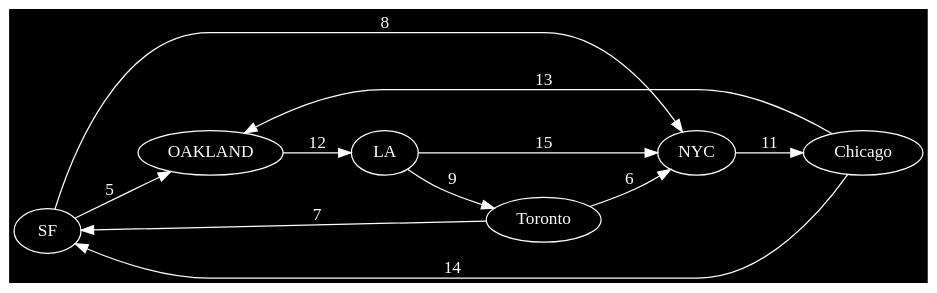
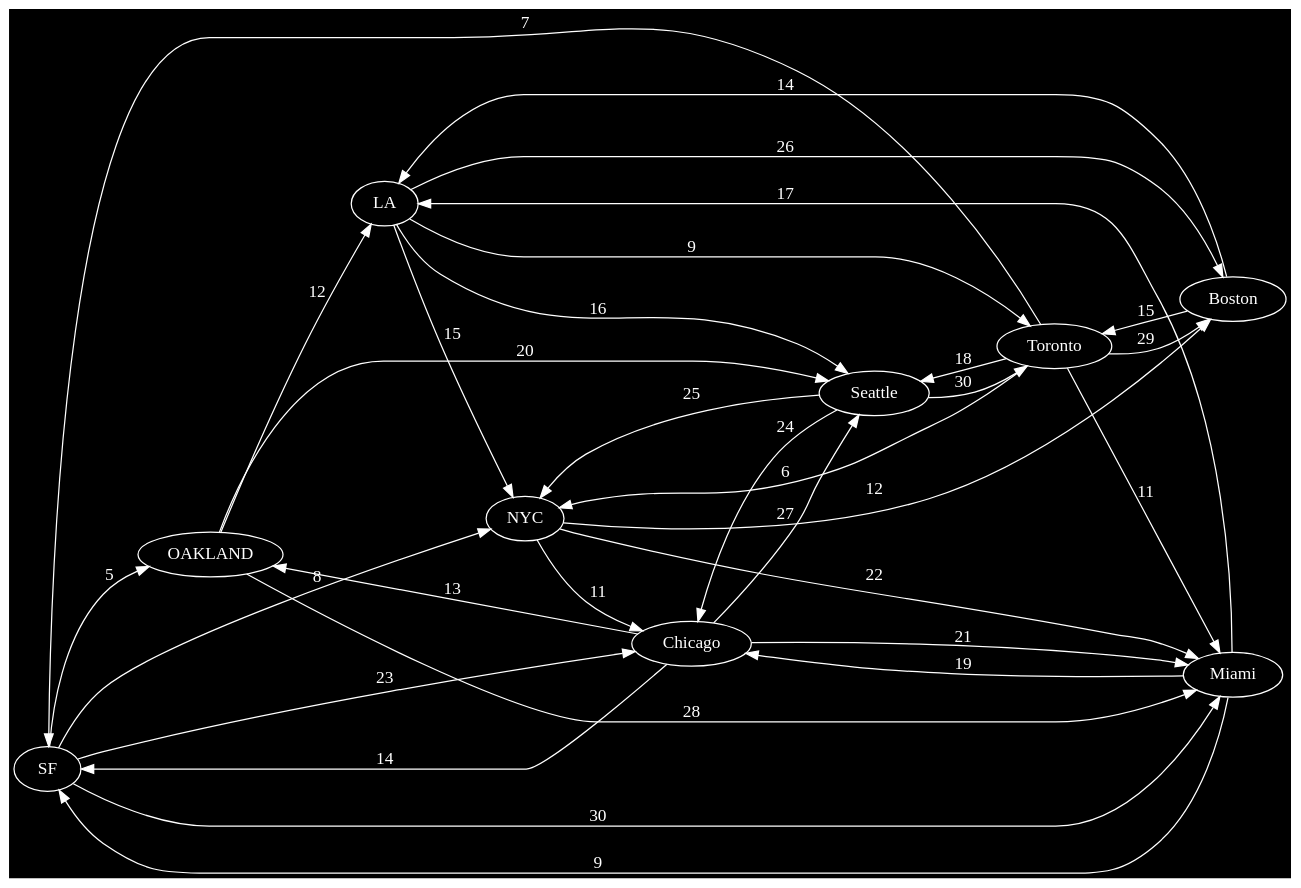
The diagram in final_project/dots/default.dot (isco355/cis_25), drawn with Graphviz before and after one commit. The commit also changed 16 other files, not shown here.

```diff
--- a/final_project/dots/default.dot
+++ b/final_project/dots/default.dot
@@ -1,18 +1,41 @@
 
 digraph {
 rankdir=LR;
 bgcolor="black";
     node [fontcolor="white",color="white"];
      edge [color="white",fontcolor="white"];
     SF -> OAKLAND [label="5",weight="5"];
     SF -> NYC [label="8",weight="8"];
     Toronto -> NYC [label="6",weight="6"];
     Toronto -> SF [label="7",weight="7"];
     OAKLAND -> LA [label="12",weight="12"];
     LA -> NYC [label="15",weight="15"];
     LA -> Toronto [label="9",weight="9"];
     NYC -> Chicago [label="11",weight="11"];
     Chicago -> SF [label="14",weight="14"];
     Chicago -> OAKLAND [label="13",weight="13"];
 
+    OAKLAND -> Seattle [label="20",weight="20"];
+    Seattle -> NYC [label="25",weight="25"];
+    Seattle -> Toronto [label="30",weight="30"];
+    Toronto -> Seattle [label="18",weight="18"];
+    NYC -> Miami [label="22",weight="22"];
+    Miami -> LA [label="17",weight="17"];
+    Miami -> Chicago [label="19",weight="19"];
+    LA -> Seattle [label="16",weight="16"];
+    Chicago -> Miami [label="21",weight="21"];
+    SF -> Chicago [label="23",weight="23"];
+
+    NYC -> Boston [label="12",weight="12"];
+    Boston -> Toronto [label="15",weight="15"];
+    Boston -> LA [label="14",weight="14"];
+    Toronto -> Miami [label="11",weight="11"];
+    Miami -> SF [label="9",weight="9"];
+    Seattle -> Chicago [label="24",weight="24"];
+    LA -> Boston [label="26",weight="26"];
+    Chicago -> Seattle [label="27",weight="27"];
+    OAKLAND -> Miami [label="28",weight="28"];
+    Toronto -> Boston [label="29",weight="29"];
+    SF -> Miami [label="30",weight="30"];
+
 }
```
